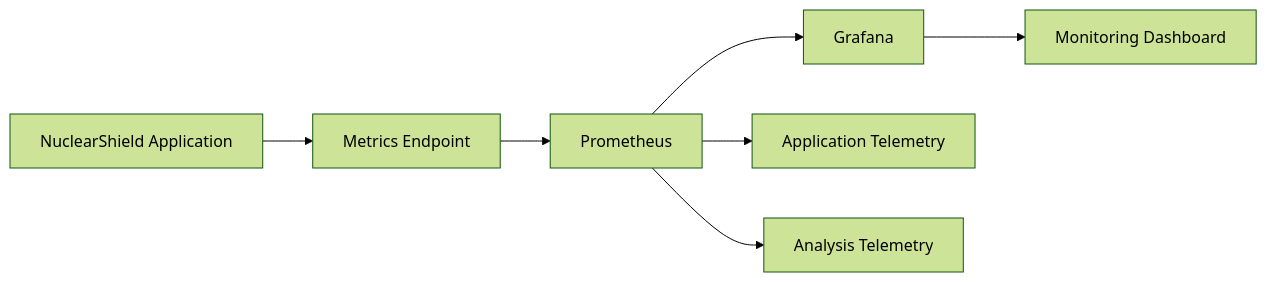
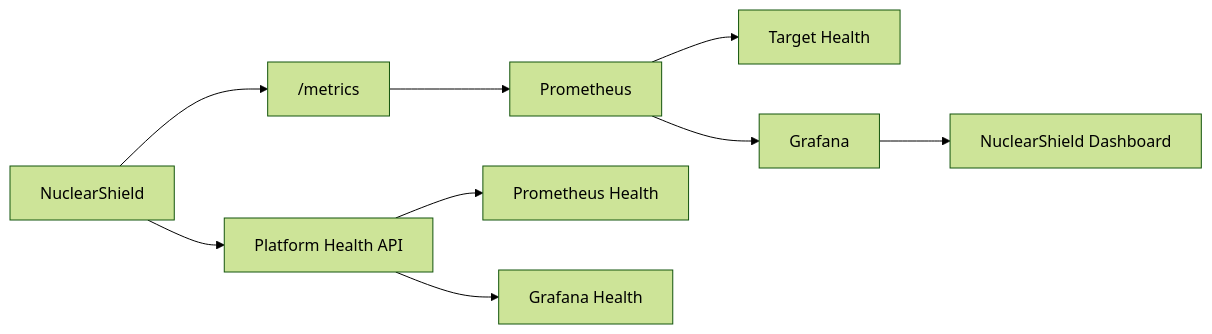
Before and after one commit to ruveeha33/NuclearShield: the fourth of 6 diagrams in README.md, drawn with Mermaid (forest theme). The commit also changed other lines of this file, not shown here.

````diff
--- a/README.md
+++ b/README.md
@@ -558,10 +581,17 @@
 ```mermaid
 flowchart LR
-    A["NuclearShield Application"] --> B["Metrics Endpoint"]
-    B --> C["Prometheus"]
-    C --> D["Grafana"]
-    D --> E["Monitoring Dashboard"]
 
-    C --> F["Application Telemetry"]
-    C --> G["Analysis Telemetry"]
+    NS["NuclearShield"] --> METRICS["/metrics"]
+
+    METRICS --> PROM["Prometheus"]
+
+    PROM --> TARGETS["Target Health"]
+    PROM --> GRAF["Grafana"]
+
+    GRAF --> DASH["NuclearShield Dashboard"]
+
+    NS --> STATUS["Platform Health API"]
+
+    STATUS --> PHEALTH["Prometheus Health"]
+    STATUS --> GHEALTH["Grafana Health"]
 ```
````
